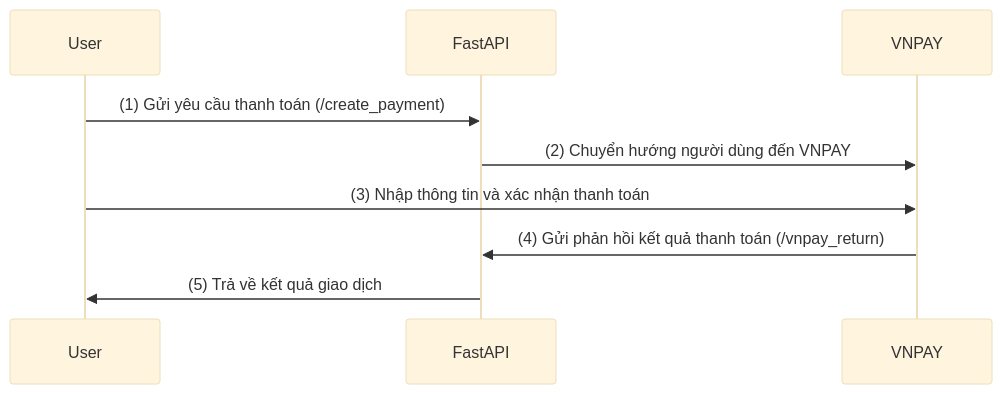
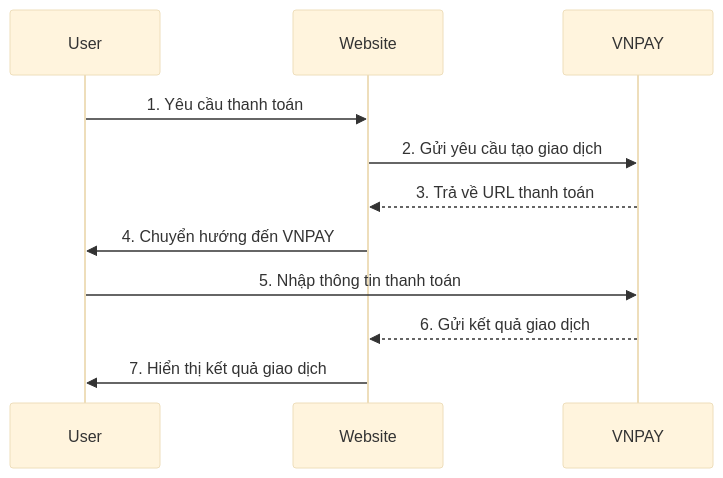
One commit to limbanga/fastAPI_VNPay_integration changed the diagram in README.vn.md. Above: the diagram before and after it, drawn with Mermaid (base theme). The commit also changed other lines of this file and 5 other files, not shown here.

````diff
--- a/README.vn.md
+++ b/README.vn.md
@@ -30,12 +45,14 @@
 ```mermaid
 sequenceDiagram
     participant User
-    participant FastAPI
+    participant Website
     participant VNPAY
     
-    User->>FastAPI: (1) Gửi yêu cầu thanh toán (/create_payment)
-    FastAPI->>VNPAY: (2) Chuyển hướng người dùng đến VNPAY
-    User->>VNPAY: (3) Nhập thông tin và xác nhận thanh toán
-    VNPAY->>FastAPI: (4) Gửi phản hồi kết quả thanh toán (/vnpay_return)
-    FastAPI->>User: (5) Trả về kết quả giao dịch
+    User->>Website: 1. Yêu cầu thanh toán
+    Website->>VNPAY: 2. Gửi yêu cầu tạo giao dịch
+    VNPAY-->>Website: 3. Trả về URL thanh toán
+    Website->>User: 4. Chuyển hướng đến VNPAY
+    User->>VNPAY: 5. Nhập thông tin thanh toán
+    VNPAY-->>Website: 6. Gửi kết quả giao dịch
+    Website->>User: 7. Hiển thị kết quả giao dịch
 ```
````
